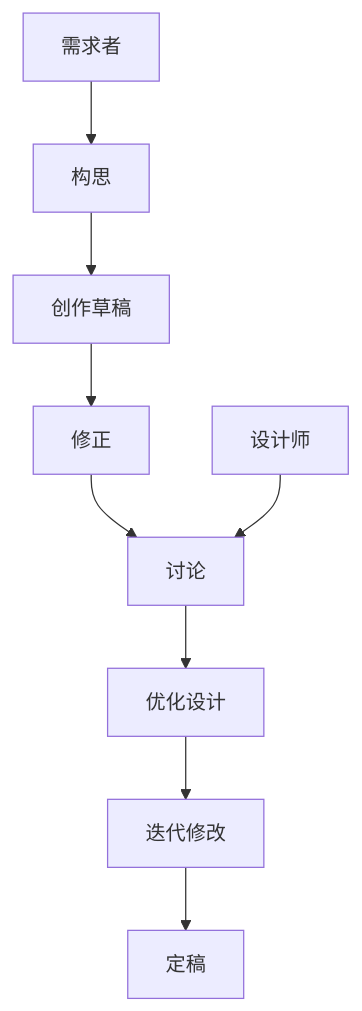
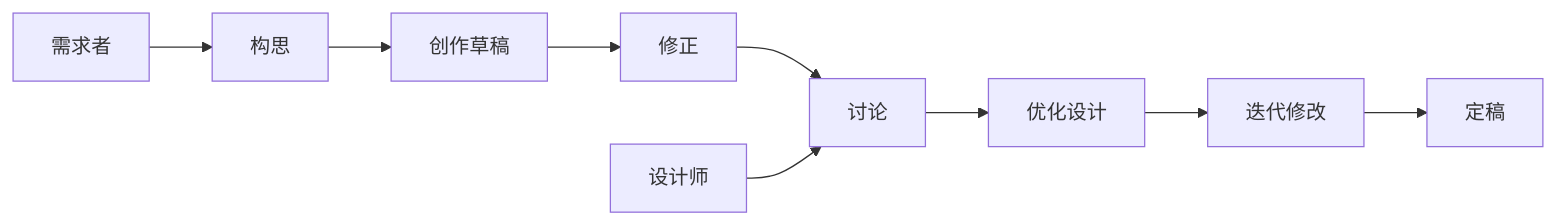
Before and after one commit to Websoft9/handbook: the diagram in docs/product/ue.md, drawn with Mermaid. The commit also changed other lines of this file and 7 other files, not shown here.

````diff
--- a/docs/product/ue.md
+++ b/docs/product/ue.md
@@ -124,5 +122,5 @@
 ```mermaid
-graph TD;
+graph LR;
     需求者-->构思-->创作草稿-->修正-->讨论;
     设计师-->讨论-->优化设计-->迭代修改-->定稿;
 ```
````
